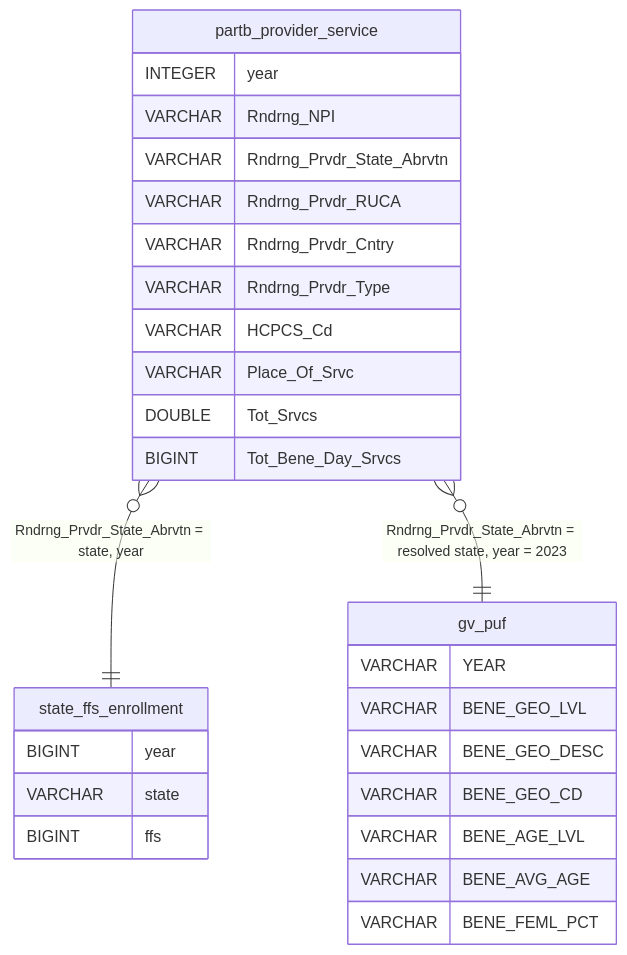
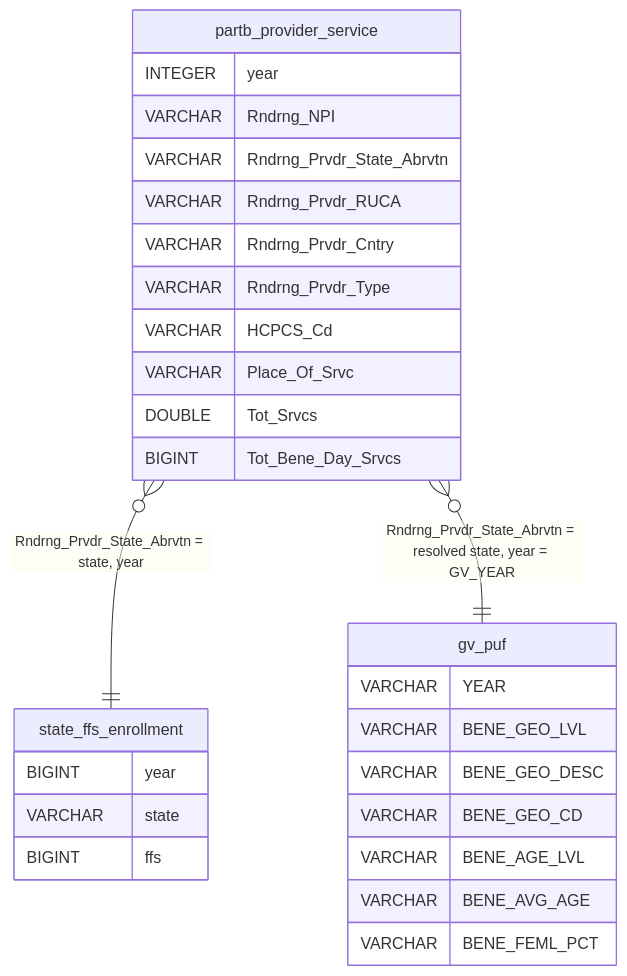
The second of 2 diagrams in src/cardiac_imaging/db/README.md (drsanjna/cardiac-imaging-medicare), drawn with Mermaid before and after one commit. The commit also changed other lines of this file and 34 other files, not shown here.

````diff
--- a/src/cardiac_imaging/db/README.md
+++ b/src/cardiac_imaging/db/README.md
@@ -47,31 +47,31 @@
 ```mermaid
 erDiagram
   partb_provider_service {
     INTEGER year
     VARCHAR Rndrng_NPI
     VARCHAR Rndrng_Prvdr_State_Abrvtn
     VARCHAR Rndrng_Prvdr_RUCA
     VARCHAR Rndrng_Prvdr_Cntry
     VARCHAR Rndrng_Prvdr_Type
     VARCHAR HCPCS_Cd
     VARCHAR Place_Of_Srvc
     DOUBLE Tot_Srvcs
     BIGINT Tot_Bene_Day_Srvcs
   }
   state_ffs_enrollment {
     BIGINT year
     VARCHAR state
     BIGINT ffs
   }
   gv_puf {
     VARCHAR YEAR
     VARCHAR BENE_GEO_LVL
     VARCHAR BENE_GEO_DESC
     VARCHAR BENE_GEO_CD
     VARCHAR BENE_AGE_LVL
     VARCHAR BENE_AVG_AGE
     VARCHAR BENE_FEML_PCT
   }
   partb_provider_service }o--|| state_ffs_enrollment : "Rndrng_Prvdr_State_Abrvtn = state, year"
-  partb_provider_service }o--|| gv_puf : "Rndrng_Prvdr_State_Abrvtn = resolved state, year = 2023"
+  partb_provider_service }o--|| gv_puf : "Rndrng_Prvdr_State_Abrvtn = resolved state, year = GV_YEAR"
 ```
````
